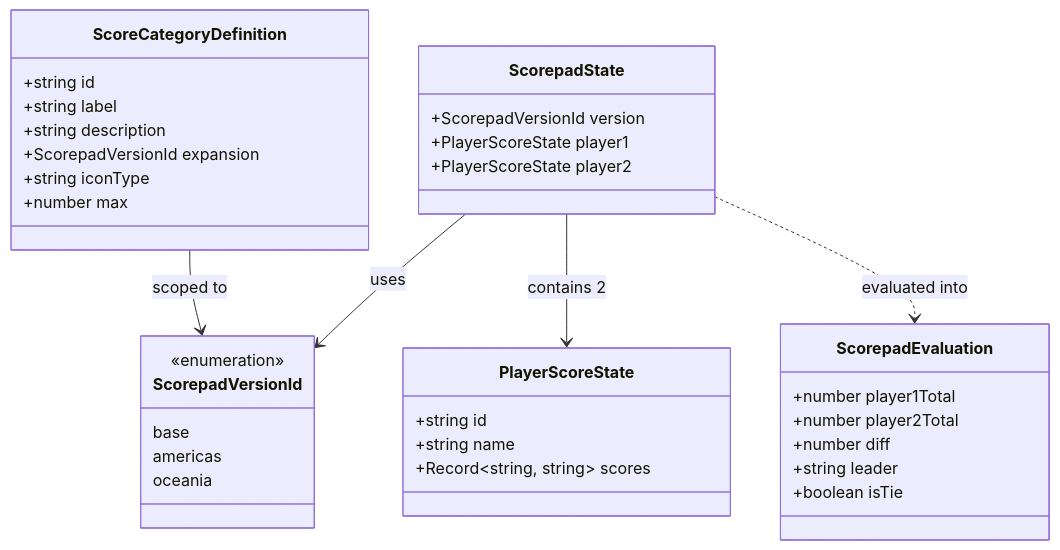
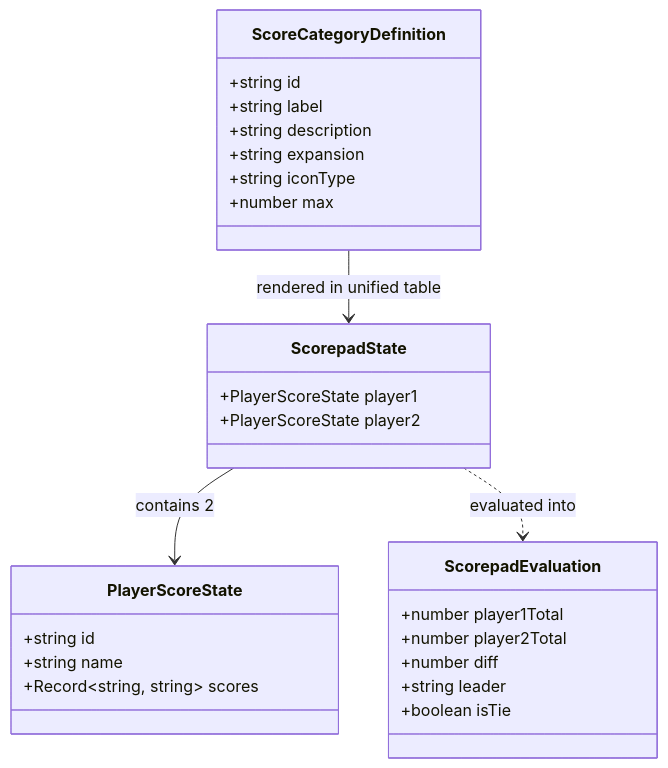
The diagram in specs/005-score-pad-calculator/data-model.md (fpinatti/piapiupiu), drawn with Mermaid before and after one commit. The commit also changed other lines of this file and 11 other files, not shown here.

Commit message:
refactor: simplify scorepad calculator to unified single-table design without version filters

````diff
--- a/specs/005-score-pad-calculator/data-model.md
+++ b/specs/005-score-pad-calculator/data-model.md
@@ -5,43 +5,34 @@
 ```mermaid
 classDiagram
-  class ScorepadVersionId {
-    <<enumeration>>
-    base
-    americas
-    oceania
-  }
-
   class ScoreCategoryDefinition {
     +string id
     +string label
     +string description
-    +ScorepadVersionId expansion
+    +string expansion
     +string iconType
     +number max
   }
 
   class PlayerScoreState {
     +string id
     +string name
     +Record~string, string~ scores
   }
 
   class ScorepadState {
-    +ScorepadVersionId version
     +PlayerScoreState player1
     +PlayerScoreState player2
   }
 
   class ScorepadEvaluation {
     +number player1Total
     +number player2Total
     +number diff
     +string leader
     +boolean isTie
   }
 
-  ScorepadState --> ScorepadVersionId : uses
   ScorepadState --> PlayerScoreState : contains 2
-  ScoreCategoryDefinition --> ScorepadVersionId : scoped to
+  ScoreCategoryDefinition --> ScorepadState : rendered in unified table
   ScorepadState ..> ScorepadEvaluation : evaluated into
 ```
````
